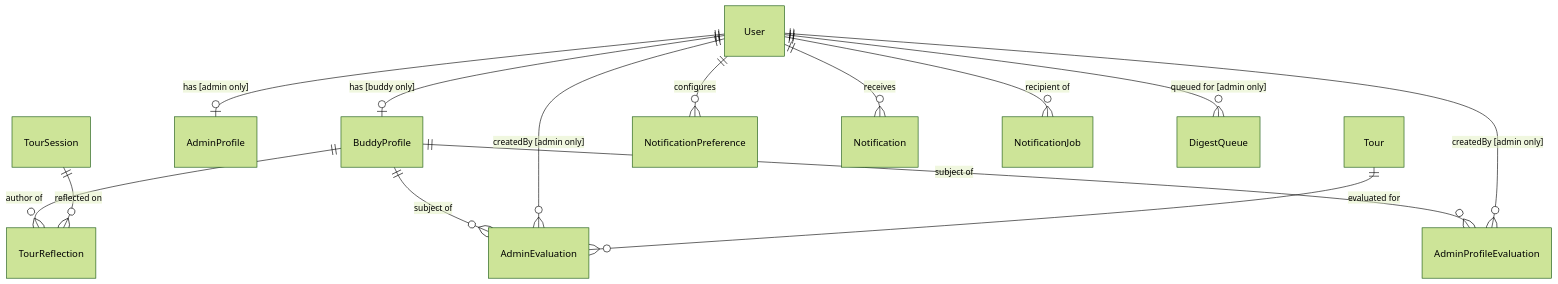
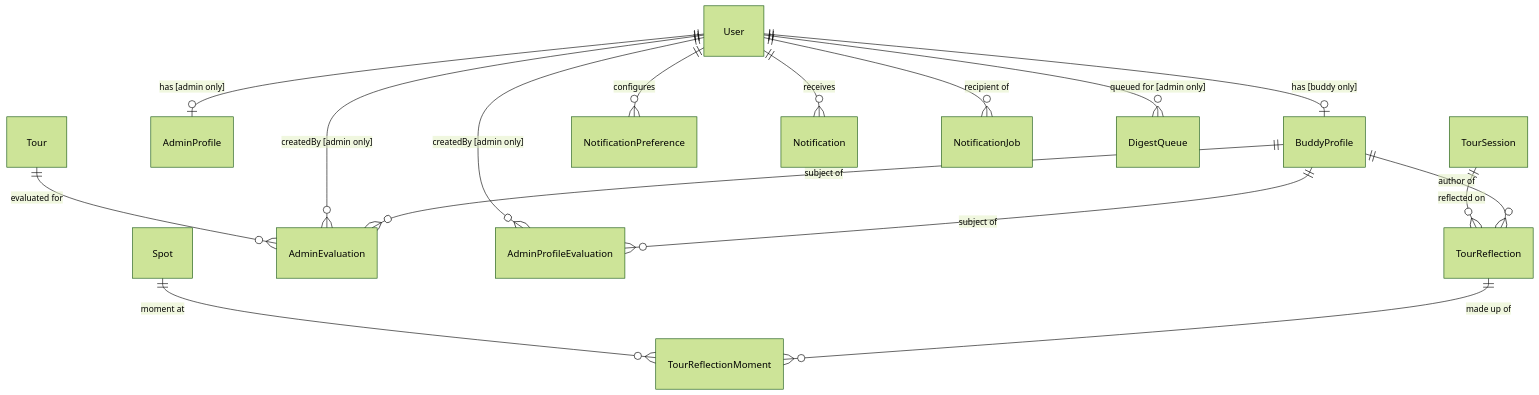
One commit to Lynns0416/buddy-app-copy changed the first of 2 diagrams in docs/data-model.md. Above: the diagram before and after it, drawn with Mermaid (forest theme). The commit also changed other lines of this file and 91 other files, not shown here.

First line of the commit message:
Feat/239 tour place and spot (#242)

````diff
--- a/docs/data-model.md
+++ b/docs/data-model.md
@@ -9,20 +9,23 @@
 ```mermaid
 erDiagram
     User ||--o| BuddyProfile : "has [buddy only]"
     User ||--o| AdminProfile : "has [admin only]"
 
     BuddyProfile ||--o{ TourReflection : "author of"
     BuddyProfile ||--o{ AdminEvaluation : "subject of"
     BuddyProfile ||--o{ AdminProfileEvaluation : "subject of"
 
     User ||--o{ AdminEvaluation : "createdBy [admin only]"
     User ||--o{ AdminProfileEvaluation : "createdBy [admin only]"
 
     TourSession ||--o{ TourReflection : "reflected on"
     Tour ||--o{ AdminEvaluation : "evaluated for"
 
+    TourReflection ||--o{ TourReflectionMoment : "made up of"
+    Spot ||--o{ TourReflectionMoment : "moment at"
+
     User ||--o{ NotificationPreference : "configures"
     User ||--o{ Notification : receives
     User ||--o{ NotificationJob : "recipient of"
     User ||--o{ DigestQueue : "queued for [admin only]"
 ```
````
